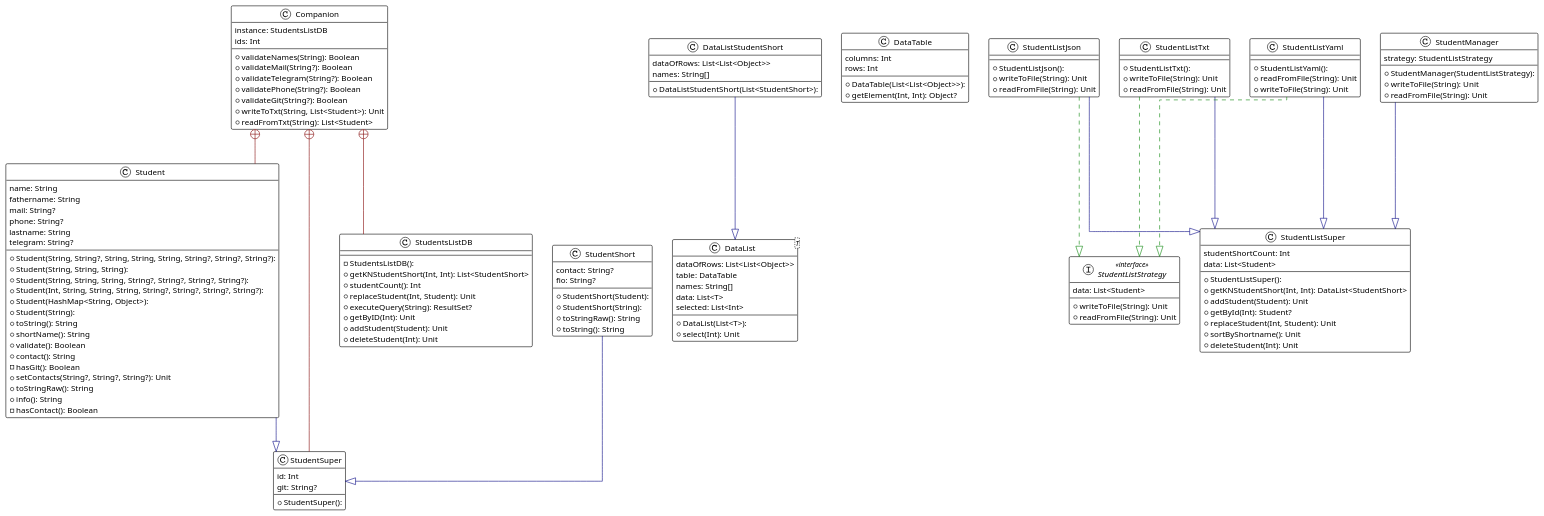
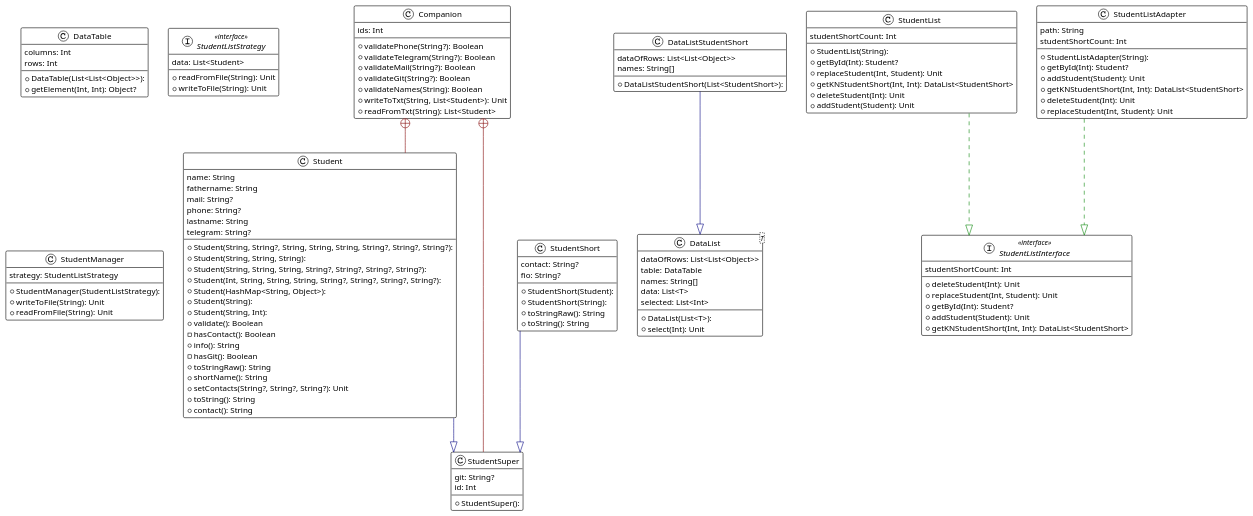
One commit to MR14Titan14/Patterns changed the diagram in Lab_1/src/main/kotlin/Classes.plantuml. Above: the diagram before and after it, drawn with PlantUML. The commit also changed 1 other file, not shown here.

Commit message:
5.3,4 Обновлена диаграмма классов

```diff
--- a/Lab_1/src/main/kotlin/Classes.plantuml
+++ b/Lab_1/src/main/kotlin/Classes.plantuml
@@ -1,139 +1,122 @@
 @startuml
 
 !theme plain
 top to bottom direction
 skinparam linetype ortho
 
 class Companion {
-   instance: StudentsListDB
-}
-class Companion {
+  + validatePhone(String?): Boolean
+  + validateTelegram(String?): Boolean
+  + validateMail(String?): Boolean
+  + validateGit(String?): Boolean
   + validateNames(String): Boolean
-  + validateMail(String?): Boolean
-  + validateTelegram(String?): Boolean
-  + validatePhone(String?): Boolean
-  + validateGit(String?): Boolean
    ids: Int
 }
 class Companion {
   + writeToTxt(String, List<Student>): Unit
   + readFromTxt(String): List<Student>
 }
 class DataList<T> {
   + DataList(List<T>): 
   + select(Int): Unit
    dataOfRows: List<List<Object>>
    table: DataTable
    names: String[]
    data: List<T>
    selected: List<Int>
 }
 class DataListStudentShort {
   + DataListStudentShort(List<StudentShort>): 
    dataOfRows: List<List<Object>>
    names: String[]
 }
 class DataTable {
   + DataTable(List<List<Object>>): 
   + getElement(Int, Int): Object?
    columns: Int
    rows: Int
 }
 class Student {
   + Student(String, String?, String, String, String, String?, String?, String?): 
   + Student(String, String, String): 
   + Student(String, String, String, String?, String?, String?, String?): 
   + Student(Int, String, String, String, String?, String?, String?, String?): 
   + Student(HashMap<String, Object>): 
   + Student(String): 
+  + Student(String, Int): 
+  + validate(): Boolean
+  - hasContact(): Boolean
+  + info(): String
+  - hasGit(): Boolean
+  + toStringRaw(): String
+  + shortName(): String
+  + setContacts(String?, String?, String?): Unit
   + toString(): String
-  + shortName(): String
-  + validate(): Boolean
   + contact(): String
-  - hasGit(): Boolean
-  + setContacts(String?, String?, String?): Unit
-  + toStringRaw(): String
-  + info(): String
-  - hasContact(): Boolean
    name: String
    fathername: String
    mail: String?
    phone: String?
    lastname: String
    telegram: String?
 }
-class StudentListJson {
-  + StudentListJson(): 
-  + writeToFile(String): Unit
-  + readFromFile(String): Unit
+class StudentList {
+  + StudentList(String): 
+  + getById(Int): Student?
+  + replaceStudent(Int, Student): Unit
+  + getKNStudentShort(Int, Int): DataList<StudentShort>
+  + deleteStudent(Int): Unit
+  + addStudent(Student): Unit
+   studentShortCount: Int
+}
+class StudentListAdapter {
+  + StudentListAdapter(String): 
+  + getById(Int): Student?
+  + addStudent(Student): Unit
+  + getKNStudentShort(Int, Int): DataList<StudentShort>
+  + deleteStudent(Int): Unit
+  + replaceStudent(Int, Student): Unit
+   path: String
+   studentShortCount: Int
+}
+interface StudentListInterface << interface >> {
+  + deleteStudent(Int): Unit
+  + replaceStudent(Int, Student): Unit
+  + getById(Int): Student?
+  + addStudent(Student): Unit
+  + getKNStudentShort(Int, Int): DataList<StudentShort>
+   studentShortCount: Int
 }
 interface StudentListStrategy << interface >> {
-  + writeToFile(String): Unit
-  + readFromFile(String): Unit
-   data: List<Student>
-}
-class StudentListSuper {
-  + StudentListSuper(): 
-  + getKNStudentShort(Int, Int): DataList<StudentShort>
-  + addStudent(Student): Unit
-  + getById(Int): Student?
-  + replaceStudent(Int, Student): Unit
-  + sortByShortname(): Unit
-  + deleteStudent(Int): Unit
-   studentShortCount: Int
-   data: List<Student>
-}
-class StudentListTxt {
-  + StudentListTxt(): 
-  + writeToFile(String): Unit
-  + readFromFile(String): Unit
-}
-class StudentListYaml {
-  + StudentListYaml(): 
   + readFromFile(String): Unit
   + writeToFile(String): Unit
+   data: List<Student>
 }
 class StudentManager {
   + StudentManager(StudentListStrategy): 
   + writeToFile(String): Unit
   + readFromFile(String): Unit
    strategy: StudentListStrategy
 }
 class StudentShort {
   + StudentShort(Student): 
   + StudentShort(String): 
   + toStringRaw(): String
   + toString(): String
    contact: String?
    fio: String?
 }
 class StudentSuper {
   + StudentSuper(): 
+   git: String?
    id: Int
-   git: String?
-}
-class StudentsListDB {
-  - StudentsListDB(): 
-  + getKNStudentShort(Int, Int): List<StudentShort>
-  + studentCount(): Int
-  + replaceStudent(Int, Student): Unit
-  + executeQuery(String): ResultSet?
-  + getByID(Int): Unit
-  + addStudent(Student): Unit
-  + deleteStudent(Int): Unit
 }
 
 Companion             +-[#820000,plain]-  Student              
 Companion             +-[#820000,plain]-  StudentSuper         
-Companion             +-[#820000,plain]-  StudentsListDB       
 DataListStudentShort  -[#000082,plain]-^  DataList             
 Student               -[#000082,plain]-^  StudentSuper         
-StudentListJson       -[#008200,dashed]-^  StudentListStrategy  
-StudentListJson       -[#000082,plain]-^  StudentListSuper     
-StudentListTxt        -[#008200,dashed]-^  StudentListStrategy  
-StudentListTxt        -[#000082,plain]-^  StudentListSuper     
-StudentListYaml       -[#008200,dashed]-^  StudentListStrategy  
-StudentListYaml       -[#000082,plain]-^  StudentListSuper     
-StudentManager        -[#000082,plain]-^  StudentListSuper     
+StudentList           -[#008200,dashed]-^  StudentListInterface 
+StudentListAdapter    -[#008200,dashed]-^  StudentListInterface 
 StudentShort          -[#000082,plain]-^  StudentSuper         
 @enduml
```
